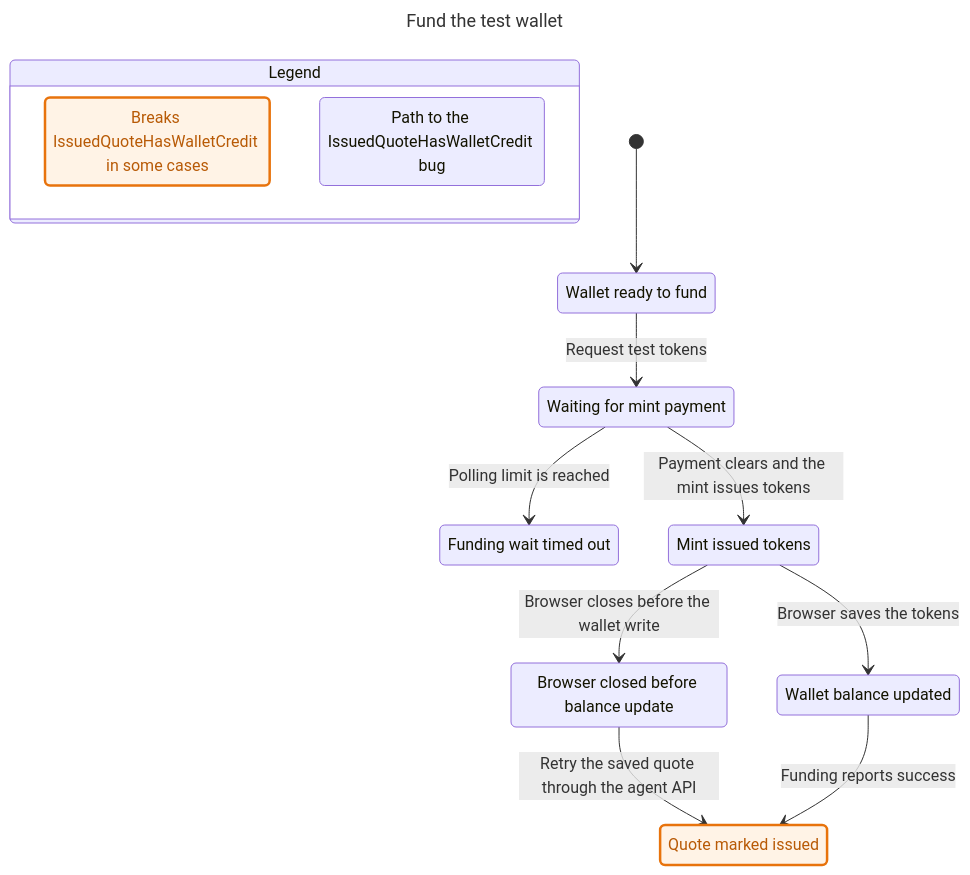
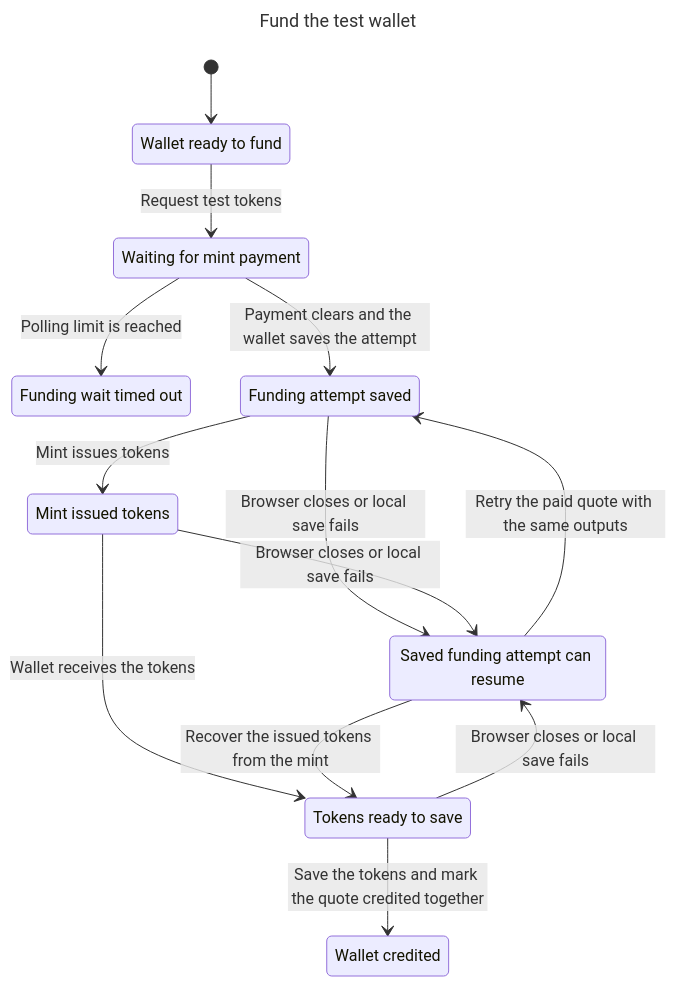
The fourth of 4 diagrams in docs/verification/flows/README.md (brenorb/granola), drawn with Mermaid before and after one commit. The commit also changed other lines of this file and 9 other files, not shown here.

````diff
--- a/docs/verification/flows/README.md
+++ b/docs/verification/flows/README.md
@@ -112,34 +112,26 @@
 ```mermaid
 ---
 title: "Fund the test wallet"
 ---
 stateDiagram-v2
-  state "Legend" as legend {
-    lg0: Breaks IssuedQuoteHasWalletCredit in some cases
-    lg1: Path to the IssuedQuoteHasWalletCredit bug
-  }
-  class lg0 mayBreak
-  class lg1 bugPath
   s0: Wallet ready to fund
   s1: Waiting for mint payment
   s2: Funding wait timed out
-  s3: Mint issued tokens
-  s4: Browser closed before balance update
-  s5: Wallet balance updated
-  s6: Quote marked issued
+  s3: Funding attempt saved
+  s4: Saved funding attempt can resume
+  s5: Mint issued tokens
+  s6: Tokens ready to save
+  s7: Wallet credited
   [*] --> s0
   s0 --> s1: Request test tokens
   s1 --> s2: Polling limit is reached
-  s1 --> s3: Payment clears and the mint issues tokens
-  s3 --> s4: Browser closes before the wallet write
-  s3 --> s5: Browser saves the tokens
-  s4 --> s6: Retry the saved quote through the agent API
-  s5 --> s6: Funding reports success
-  classDef mayBreak fill:#fff3e6,stroke:#e8730c,stroke-width:2.5px,color:#b85a06
-  class s0 bugPath
-  class s1 bugPath
-  class s3 bugPath
-  class s4 bugPath
-  class s6 mayBreak
-  class s6 bugPath
+  s1 --> s3: Payment clears and the wallet saves the attempt
+  s3 --> s4: Browser closes or local save fails
+  s3 --> s5: Mint issues tokens
+  s4 --> s3: Retry the paid quote with the same outputs
+  s5 --> s4: Browser closes or local save fails
+  s5 --> s6: Wallet receives the tokens
+  s4 --> s6: Recover the issued tokens from the mint
+  s6 --> s4: Browser closes or local save fails
+  s6 --> s7: Save the tokens and mark the quote credited together
 ```
````
